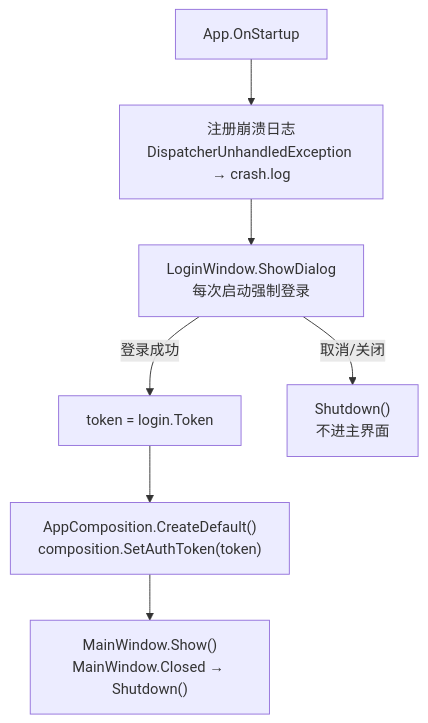
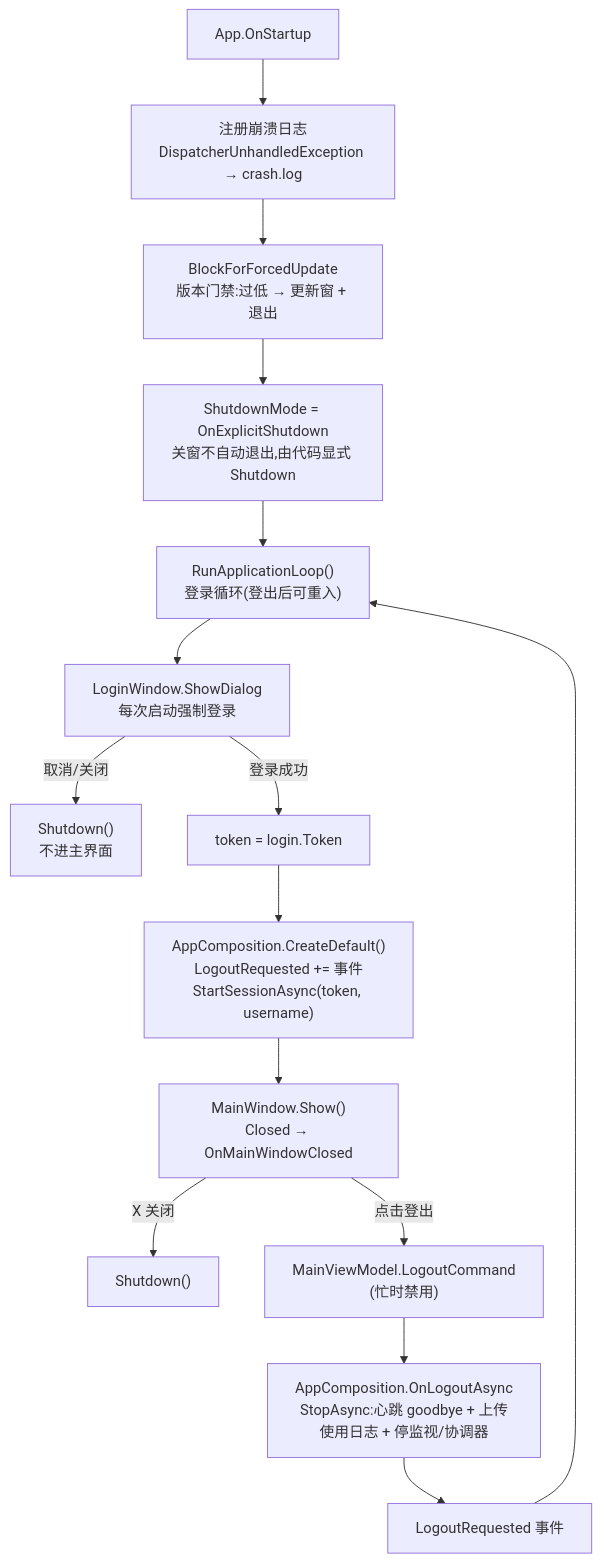
The second of 11 diagrams in docs/architecture.md (xxz13352/VivoKsu), drawn with Mermaid before and after one commit. The commit also changed other lines of this file and 2 other files, not shown here.

````diff
--- a/docs/architecture.md
+++ b/docs/architecture.md
@@ -121,9 +121,17 @@
 ```mermaid
 flowchart TD
     A[App.OnStartup] --> B[注册崩溃日志<br/>DispatcherUnhandledException → crash.log]
-    B --> C["LoginWindow.ShowDialog<br/>每次启动强制登录"]
+    B --> V["BlockForForcedUpdate<br/>版本门禁:过低 → 更新窗 + 退出"]
+    V --> S["ShutdownMode = OnExplicitShutdown<br/>关窗不自动退出,由代码显式 Shutdown"]
+    S --> L["RunApplicationLoop()<br/>登录循环(登出后可重入)"]
+    L --> C["LoginWindow.ShowDialog<br/>每次启动强制登录"]
+    C -->|取消/关闭| G["Shutdown()<br/>不进主界面"]
     C -->|登录成功| F["token = login.Token"]
-    C -->|取消/关闭| G["Shutdown()<br/>不进主界面"]
-    F --> H["AppComposition.CreateDefault()<br/>composition.SetAuthToken(token)"]
-    H --> I["MainWindow.Show()<br/>MainWindow.Closed → Shutdown()"]
+    F --> H["AppComposition.CreateDefault()<br/>LogoutRequested += 事件<br/>StartSessionAsync(token, username)"]
+    H --> I["MainWindow.Show()<br/>Closed → OnMainWindowClosed"]
+    I -->|X 关闭| X["Shutdown()"]
+    I -->|点击登出| O["MainViewModel.LogoutCommand<br/>(忙时禁用)"]
+    O --> E["AppComposition.OnLogoutAsync<br/>StopAsync:心跳 goodbye + 上传使用日志 + 停监视/协调器"]
+    E --> R["LogoutRequested 事件"]
+    R --> L
 ```
````
